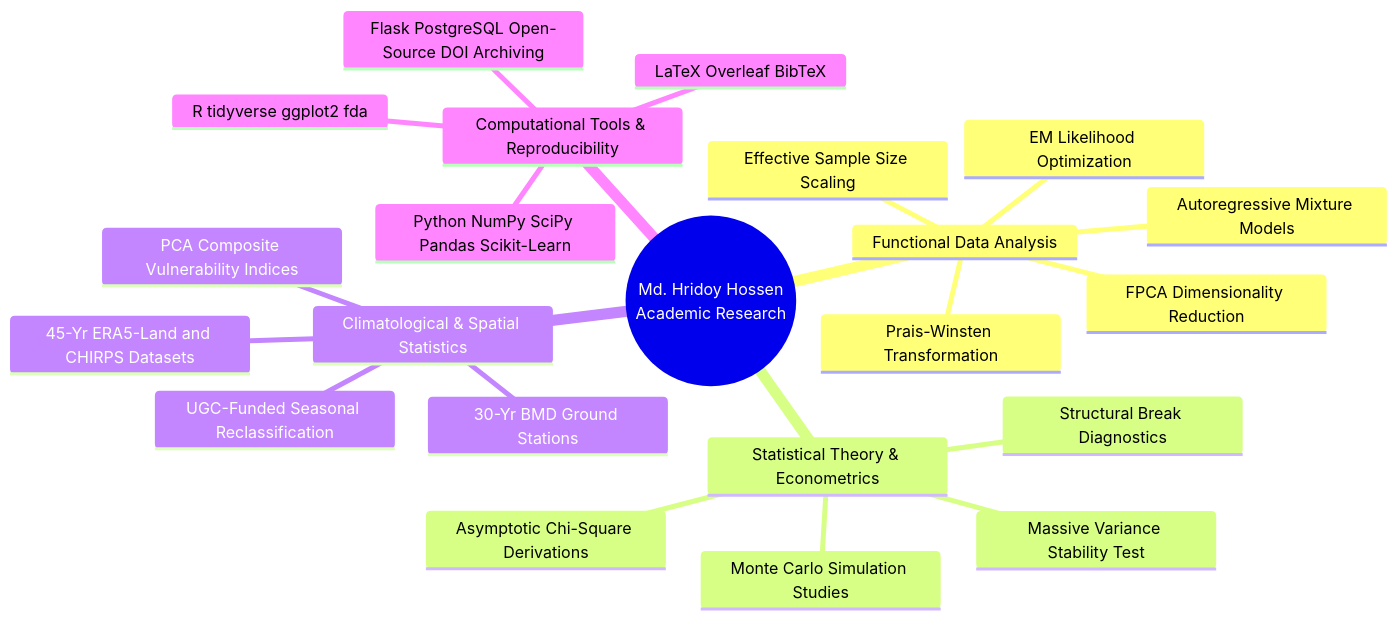
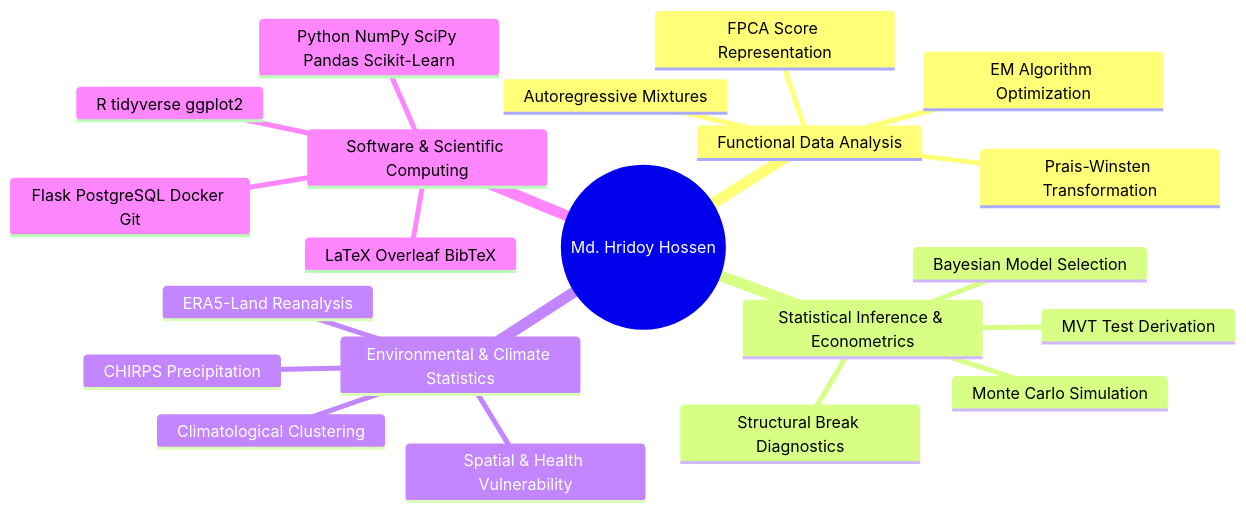
One commit to hossenhridoy56/hossenhridoy56 changed the diagram in README.md. Above: the diagram before and after it, drawn with Mermaid. The commit also changed other lines of this file, not shown here.

Commit message:
refactor(academic-profile): restore beloved first version structure with MVT Zenodo DOI and working stats cards

````diff
--- a/README.md
+++ b/README.md
@@ -101,25 +83,24 @@
 ```mermaid
 mindmap
-  root((Md. Hridoy Hossen<br/>Academic Research))
+  root((Md. Hridoy Hossen))
     Functional Data Analysis
-      FPCA Dimensionality Reduction
-      Autoregressive Mixture Models
+      FPCA Score Representation
+      Autoregressive Mixtures
       Prais-Winsten Transformation
-      EM Likelihood Optimization
-      Effective Sample Size Scaling
-    Statistical Theory & Econometrics
-      Massive Variance Stability Test
-      Asymptotic Chi-Square Derivations
+      EM Algorithm Optimization
+    Statistical Inference & Econometrics
       Structural Break Diagnostics
-      Monte Carlo Simulation Studies
-    Climatological & Spatial Statistics
-      UGC-Funded Seasonal Reclassification
-      30-Yr BMD Ground Stations
-      45-Yr ERA5-Land and CHIRPS Datasets
-      PCA Composite Vulnerability Indices
-    Computational Tools & Reproducibility
+      MVT Test Derivation
+      Bayesian Model Selection
+      Monte Carlo Simulation
+    Environmental & Climate Statistics
+      ERA5-Land Reanalysis
+      CHIRPS Precipitation
+      Spatial & Health Vulnerability
+      Climatological Clustering
+    Software & Scientific Computing
       Python NumPy SciPy Pandas Scikit-Learn
-      R tidyverse ggplot2 fda
+      R tidyverse ggplot2
       LaTeX Overleaf BibTeX
-      Flask PostgreSQL Open-Source DOI Archiving
+      Flask PostgreSQL Docker Git
 ```
````
